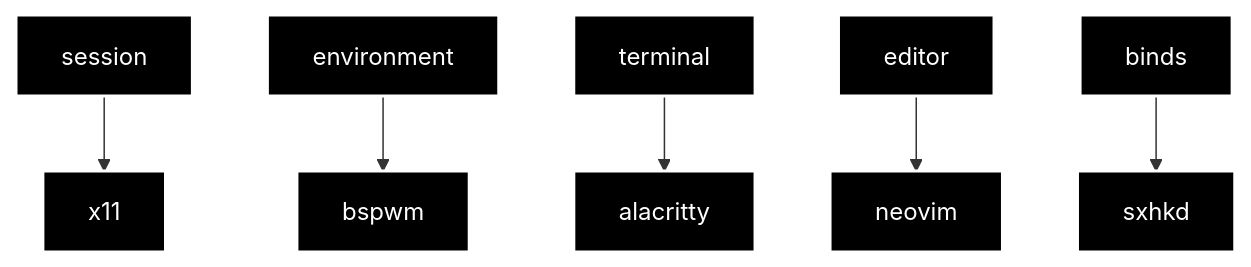
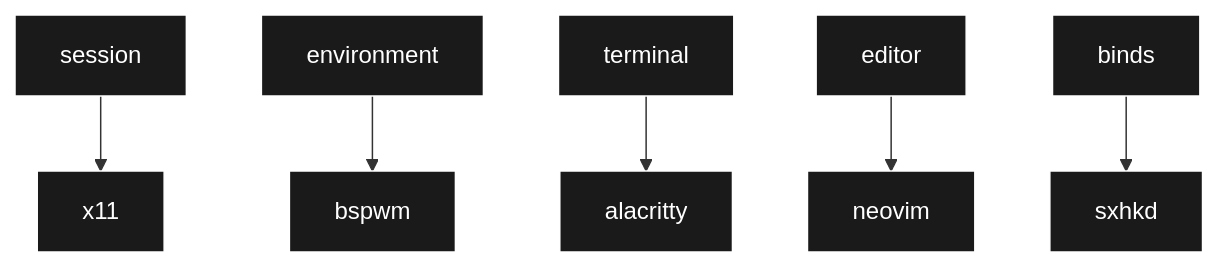
The diagram in README.md (driversline/dotfiles), drawn with Mermaid before and after one commit.

Commit message:
README.md

````diff
--- a/README.md
+++ b/README.md
@@ -1,9 +1,9 @@
 ```mermaid
 graph TD;
-    classDef default fill:#000,stroke:#fff,stroke-width:2px,color:#fff;
+    classDef default fill:#1a1a1a,stroke:#fff,stroke-width:1px,color:#fff,shadow:0px 0px 10px #fff,font-size:16px,font-family:Arial;
     session-->x11;
     environment-->bspwm;
     terminal-->alacritty;
     editor-->neovim;
     binds-->sxhkd;
 ```
````
